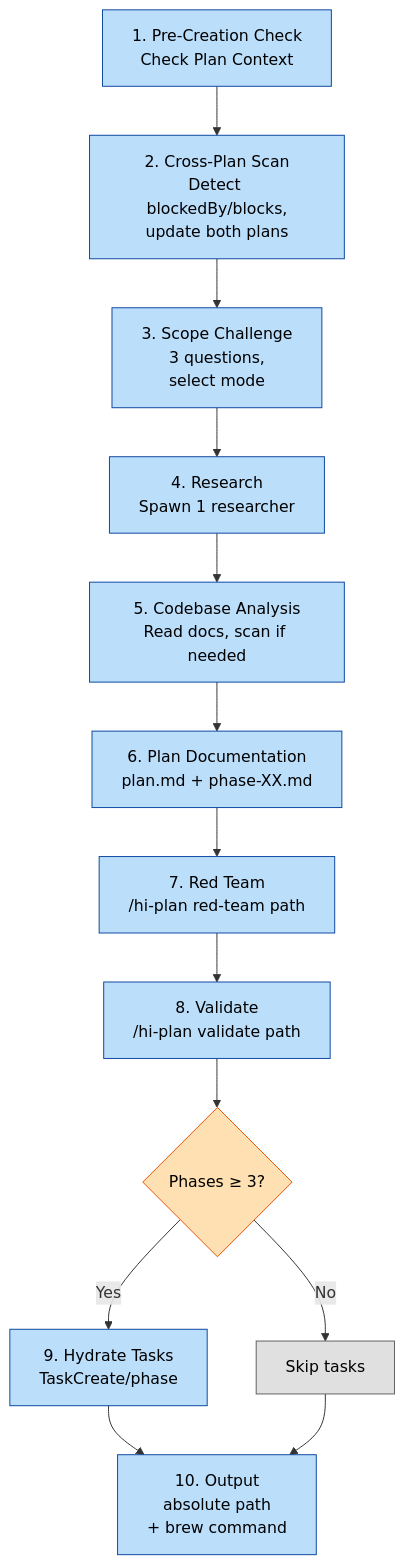
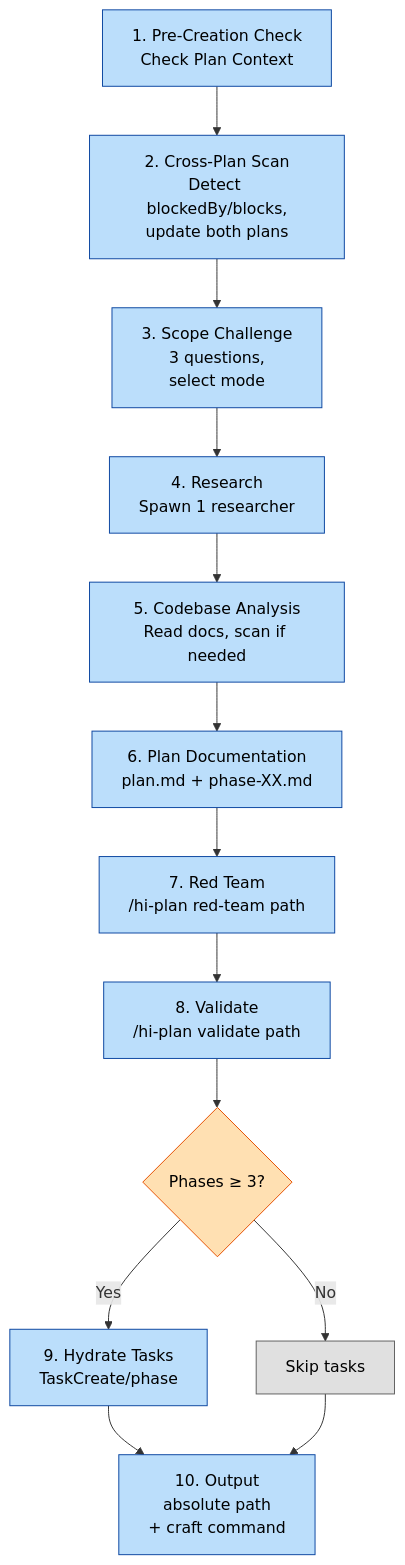
The fifth of 7 diagrams in devkit.md (baka3k/dev-kit), drawn with Mermaid before and after one commit. The commit also changed other lines of this file and 5 other files, not shown here.

````diff
--- a/devkit.md
+++ b/devkit.md
@@ -134,23 +134,23 @@
 ```mermaid
 graph TD
     A[1. Pre-Creation Check<br/>Check Plan Context] --> B[2. Cross-Plan Scan<br/>Detect blockedBy/blocks,<br/>update both plans]
     B --> C[3. Scope Challenge<br/>3 questions,<br/>select mode]
     C --> D[4. Research<br/>Spawn 1 researcher]
     D --> E[5. Codebase Analysis<br/>Read docs, scan if needed]
     E --> F[6. Plan Documentation<br/>plan.md + phase-XX.md]
     F --> G[7. Red Team<br/>/hi-plan red-team path]
     G --> H[8. Validate<br/>/hi-plan validate path]
     H --> I{Phases ≥ 3?}
     I -->|Yes| J[9. Hydrate Tasks<br/>TaskCreate/phase]
     I -->|No| K[Skip tasks]
-    J --> L[10. Output<br/>absolute path<br/>+ brew command]
+    J --> L[10. Output<br/>absolute path<br/>+ craft command]
     K --> L
 
     classDef step fill:#bbdefb,stroke:#0d47a1,color:#000
     classDef skip fill:#e0e0e0,stroke:#616161,color:#000
     classDef gate fill:#ffe0b2,stroke:#e65100,color:#000
     class A,B,C,D,E,F,G,H,J,L step
     class K skip
     class I gate
 
 ```
````
